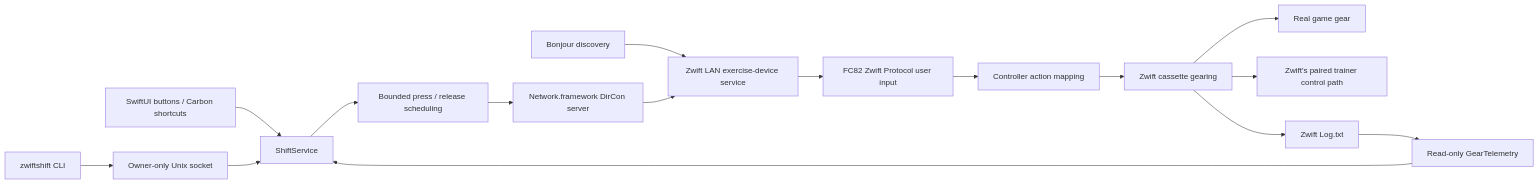
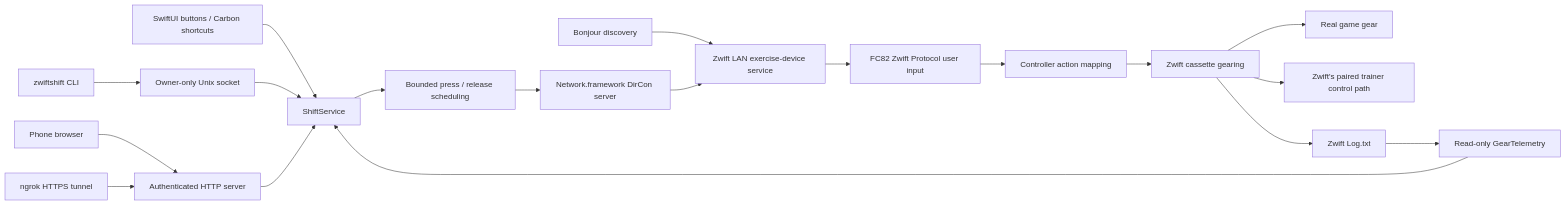
One commit to DimitriChrysafis/ZwiftShifter changed the diagram in ARCHITECTURE.md. Above: the diagram before and after it, drawn with Mermaid. The commit also changed other lines of this file and 33 other files, not shown here.

````diff
--- a/ARCHITECTURE.md
+++ b/ARCHITECTURE.md
@@ -8,18 +8,21 @@
 ```mermaid
 flowchart LR
   UI[SwiftUI buttons / Carbon shortcuts] --> Service[ShiftService]
   CLI[zwiftshift CLI] --> RPC[Owner-only Unix socket]
   RPC --> Service
+  Phone[Phone browser] --> HTTP[Authenticated HTTP server]
+  Internet[ngrok HTTPS tunnel] --> HTTP
+  HTTP --> Service
   Service --> Pulse[Bounded press / release scheduling]
   Pulse --> LAN[Network.framework DirCon server]
   DNS[Bonjour discovery] --> Zwift[Zwift LAN exercise-device service]
   LAN --> Zwift
   Zwift --> ZP[FC82 Zwift Protocol user input]
   ZP --> Actions[Controller action mapping]
   Actions --> Gearing[Zwift cassette gearing]
   Gearing --> HUD[Real game gear]
   Gearing --> Trainer[Zwift's paired trainer control path]
   Gearing --> Log[Zwift Log.txt]
   Log --> Tail[Read-only GearTelemetry]
   Tail --> Service
 ```
````
